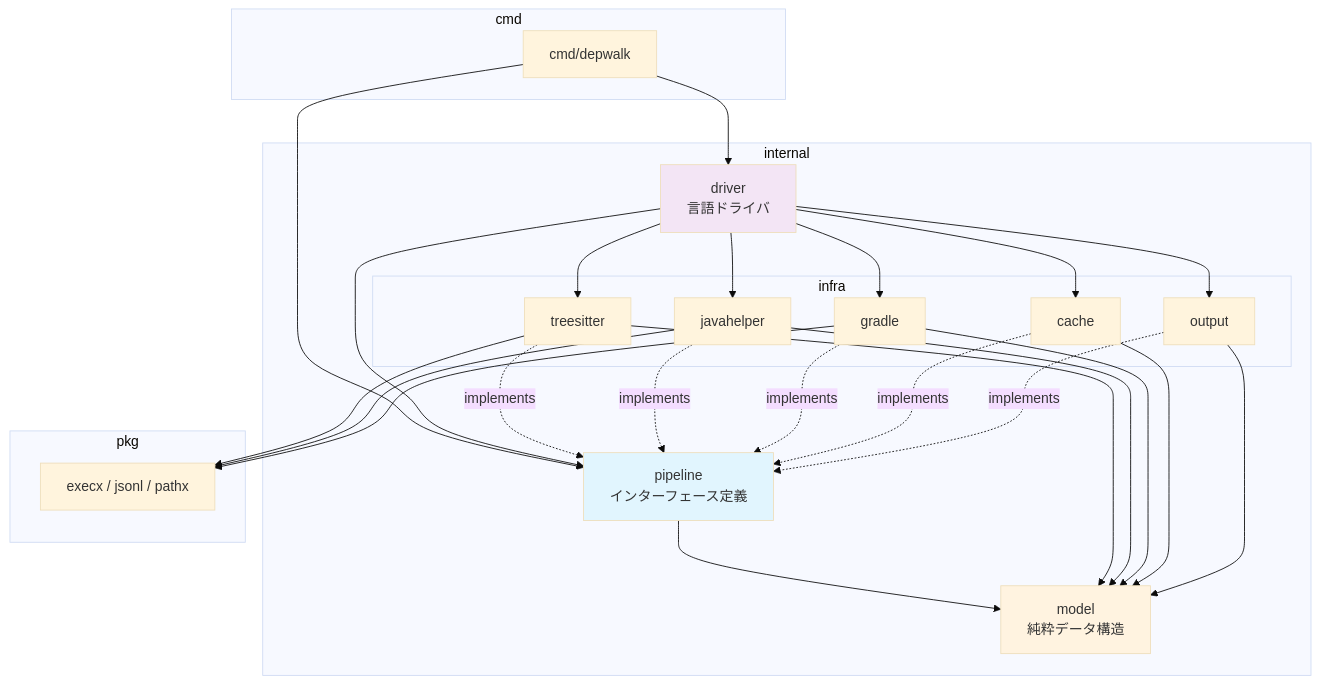
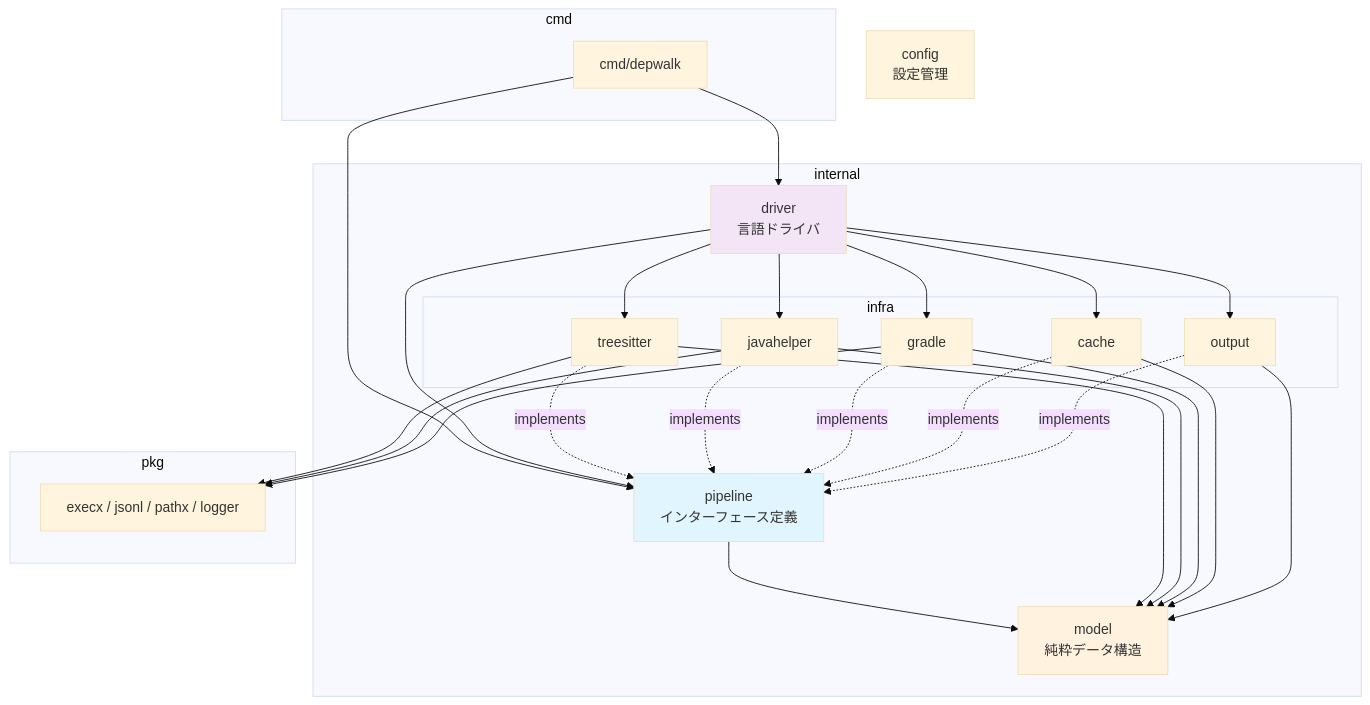
The first of 10 diagrams in docs/architecture-guide.md (Fukuemon/depwalk), drawn with Mermaid (base theme) before and after one commit. The commit also changed other lines of this file and 12 other files, not shown here.

````diff
--- a/docs/architecture-guide.md
+++ b/docs/architecture-guide.md
@@ -60,37 +64,39 @@
 ```mermaid
 graph TD
     subgraph "cmd"
         CMD[cmd/depwalk]
     end
+
+    CONFIG[config<br/>設定管理]
 
     subgraph "internal"
         PIPELINE[pipeline<br/>インターフェース定義]
         MODEL[model<br/>純粋データ構造]
         DRIVER[driver<br/>言語ドライバ]
 
         subgraph "infra"
             TS[treesitter]
             JH[javahelper]
             GR[gradle]
             CA[cache]
             OUT[output]
         end
     end
 
     subgraph "pkg"
-        PKG[execx / jsonl / pathx]
+        PKG[execx / jsonl / pathx / logger]
     end
 
     CMD --> PIPELINE
     CMD --> DRIVER
     PIPELINE --> MODEL
     DRIVER --> PIPELINE
     DRIVER --> TS & JH & GR & CA & OUT
     TS & JH & GR & CA & OUT --> MODEL
     TS & JH & GR & CA & OUT -.->|implements| PIPELINE
     TS & JH & GR --> PKG
 
     style PIPELINE fill:#e1f5fe
     style MODEL fill:#fff3e0
     style DRIVER fill:#f3e5f5
 ```
````
